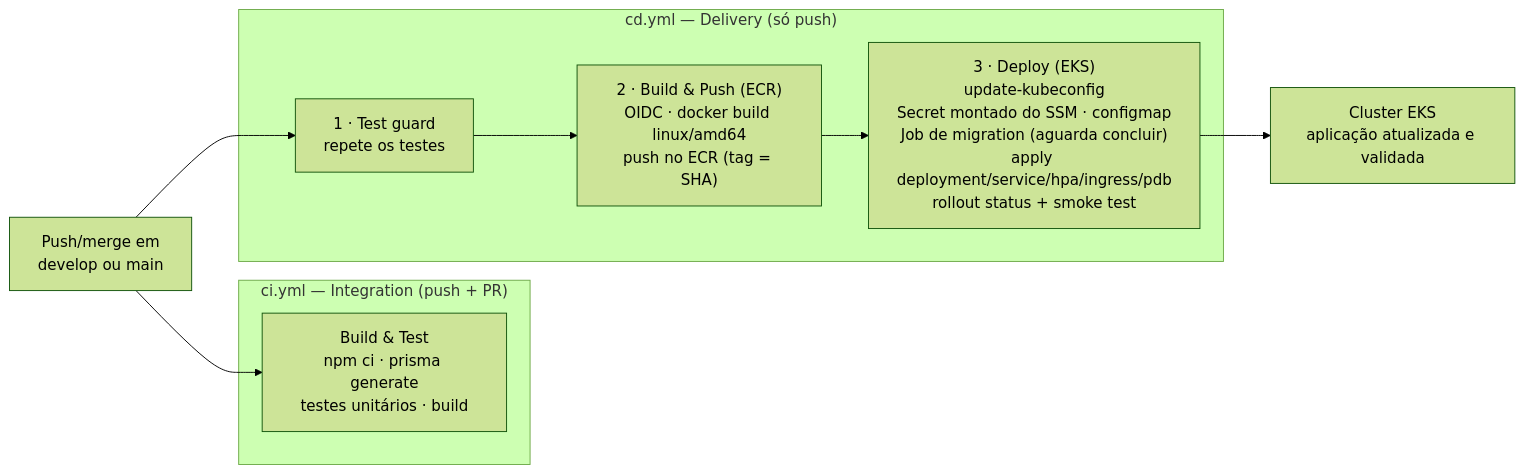
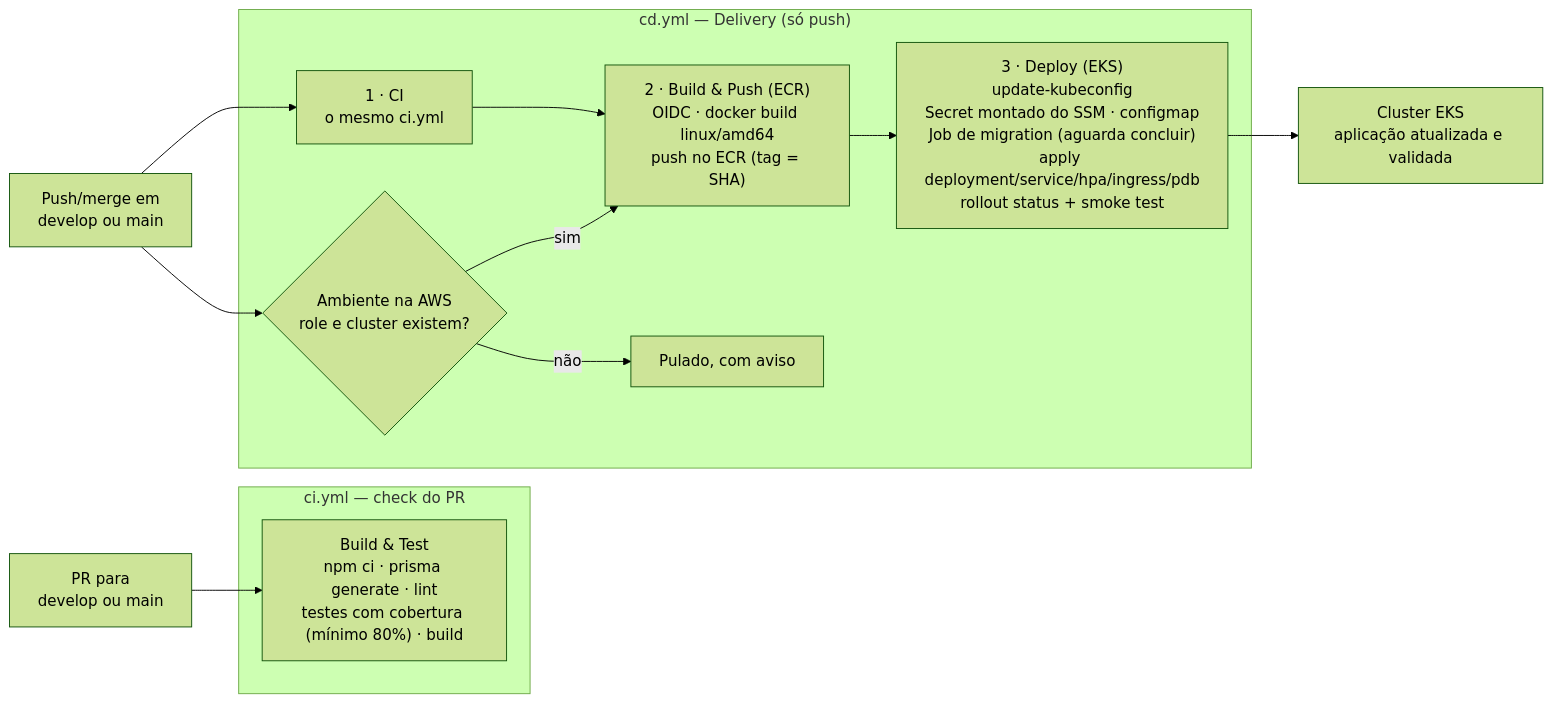
One commit to LucasValada/tech-challenge-fiap changed the eighth of 11 diagrams in README.md. Above: the diagram before and after it, drawn with Mermaid (forest theme). The commit also changed other lines of this file and 3 other files, not shown here.

First line of the commit message:
ci: CI único no CD e deploy pulado sem ambiente

````diff
--- a/README.md
+++ b/README.md
@@ -526,19 +526,26 @@
 ```mermaid
 graph LR
+    PR["PR para<br/>develop ou main"]
     Dev["Push/merge em<br/>develop ou main"]
 
-    subgraph CI["ci.yml — Integration (push + PR)"]
-        CIJob["Build & Test<br/>npm ci · prisma generate<br/>testes unitários · build"]
+    subgraph CI["ci.yml — check do PR"]
+        CIJob["Build & Test<br/>npm ci · prisma generate · lint<br/>testes com cobertura (mínimo 80%) · build"]
     end
 
     subgraph CD["cd.yml — Delivery (só push)"]
-        Guard["1 · Test guard<br/>repete os testes"]
+        Guard["1 · CI<br/>o mesmo ci.yml"]
+        Amb{"Ambiente na AWS<br/>role e cluster existem?"}
         Build["2 · Build & Push (ECR)<br/>OIDC · docker build linux/amd64<br/>push no ECR (tag = SHA)"]
         Deploy["3 · Deploy (EKS)<br/>update-kubeconfig<br/>Secret montado do SSM · configmap<br/>Job de migration (aguarda concluir)<br/>apply deployment/service/hpa/ingress/pdb<br/>rollout status + smoke test"]
-        Guard --> Build --> Deploy
+        Pula["Pulado, com aviso"]
+        Guard --> Build
+        Amb -->|sim| Build
+        Amb -->|não| Pula
+        Build --> Deploy
     end
 
-    Dev --> CIJob
+    PR --> CIJob
     Dev --> Guard
+    Dev --> Amb
     Deploy --> EKSc["Cluster EKS<br/>aplicação atualizada e validada"]
 ```
````
